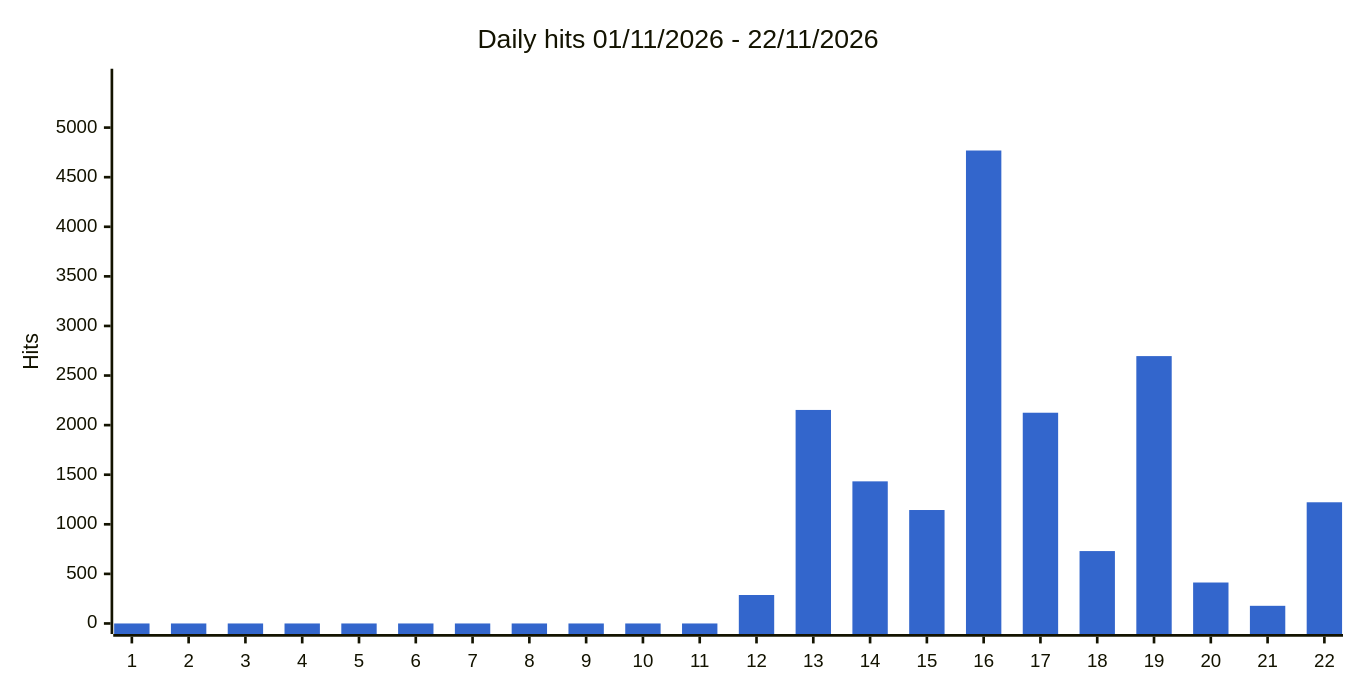
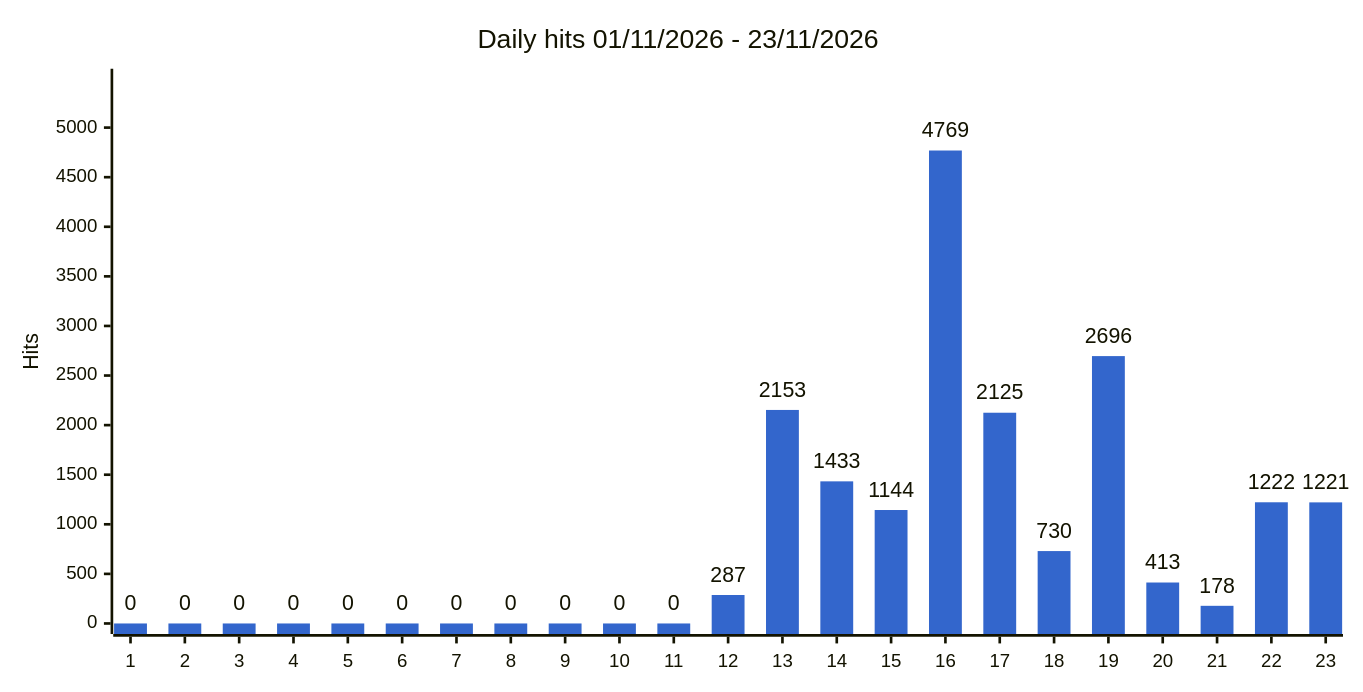
The third of 4 diagrams in docs/stats.md (gmoulard/wikipedia2book), drawn with Mermaid before and after one commit. The commit also changed other lines of this file and 3 other files, not shown here.

````diff
--- a/docs/stats.md
+++ b/docs/stats.md
@@ -43,8 +43,8 @@
 ```mermaid
 %%{init: {"xyChart": {"width": 1000, "showDataLabel": true, "showDataLabelOutsideBar": true}, "themeVariables": {"xyChart": {"plotColorPalette": "#3366cc"}}}}%%
 xychart-beta
-    title "Daily hits 01/11/2026 - 22/11/2026"
-    x-axis ["1", "2", "3", "4", "5", "6", "7", "8", "9", "10", "11", "12", "13", "14", "15", "16", "17", "18", "19", "20", "21", "22"]
+    title "Daily hits 01/11/2026 - 23/11/2026"
+    x-axis ["1", "2", "3", "4", "5", "6", "7", "8", "9", "10", "11", "12", "13", "14", "15", "16", "17", "18", "19", "20", "21", "22", "23"]
     y-axis "Hits" 0 --> 5485
-    bar [0, 0, 0, 0, 0, 0, 0, 0, 0, 0, 0, 287, 2153, 1433, 1144, 4769, 2125, 730, 2696, 413, 178, 1222]
+    bar [0, 0, 0, 0, 0, 0, 0, 0, 0, 0, 0, 287, 2153, 1433, 1144, 4769, 2125, 730, 2696, 413, 178, 1222, 1221]
 ```
````
